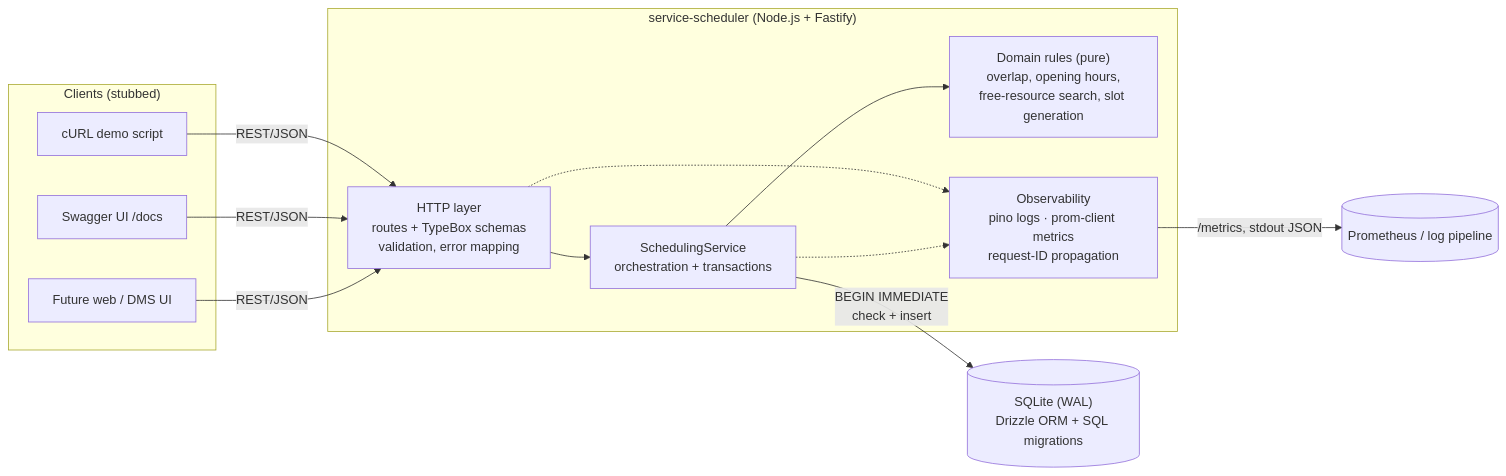
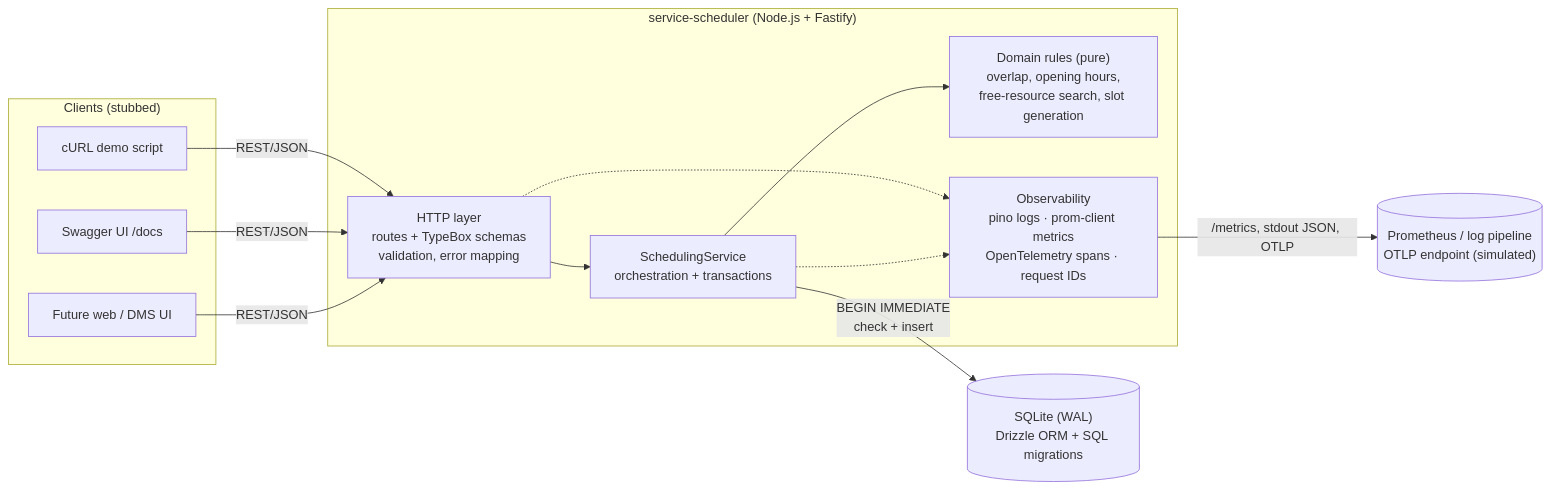
The first of 4 diagrams in docs/SYSTEM_DESIGN.md (tamngocphung-vn/kl-service-scheduler), drawn with Mermaid before and after one commit. The commit also changed other lines of this file and 23 other files, not shown here.

````diff
--- a/docs/SYSTEM_DESIGN.md
+++ b/docs/SYSTEM_DESIGN.md
@@ -55,25 +55,25 @@
 ```mermaid
 flowchart LR
   subgraph Clients["Clients (stubbed)"]
     C1[cURL demo script]
     C2[Swagger UI /docs]
     C3[Future web / DMS UI]
   end
 
   subgraph API["service-scheduler (Node.js + Fastify)"]
     R["HTTP layer<br/>routes + TypeBox schemas<br/>validation, error mapping"]
     S["SchedulingService<br/>orchestration + transactions"]
     D["Domain rules (pure)<br/>overlap, opening hours,<br/>free-resource search, slot generation"]
-    O["Observability<br/>pino logs · prom-client metrics<br/>request-ID propagation"]
+    O["Observability<br/>pino logs · prom-client metrics<br/>OpenTelemetry spans · request IDs"]
     R --> S --> D
     R -.-> O
     S -.-> O
   end
 
   DB[("SQLite (WAL)<br/>Drizzle ORM + SQL migrations")]
-  P[(Prometheus / log pipeline)]
+  P[("Prometheus / log pipeline<br/>OTLP endpoint (simulated)")]
 
   C1 & C2 & C3 -->|REST/JSON| R
   S -->|"BEGIN IMMEDIATE<br/>check + insert"| DB
-  O -->|/metrics, stdout JSON| P
+  O -->|"/metrics, stdout JSON, OTLP"| P
 ```
````
